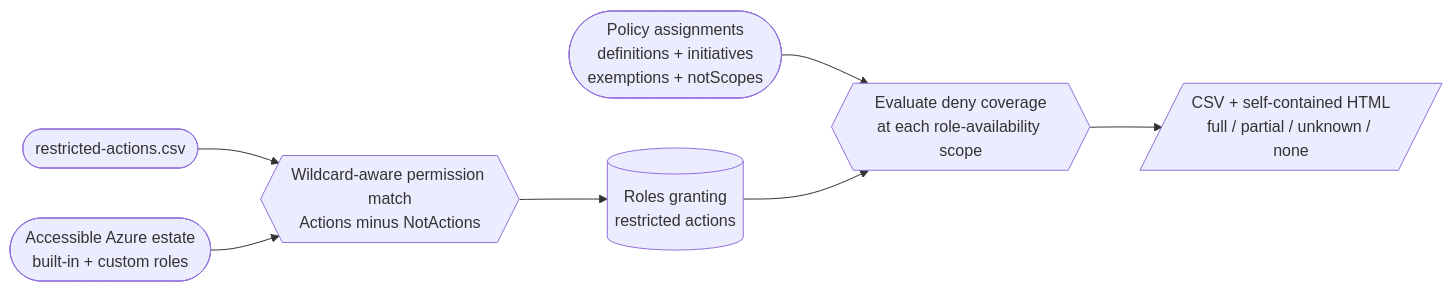
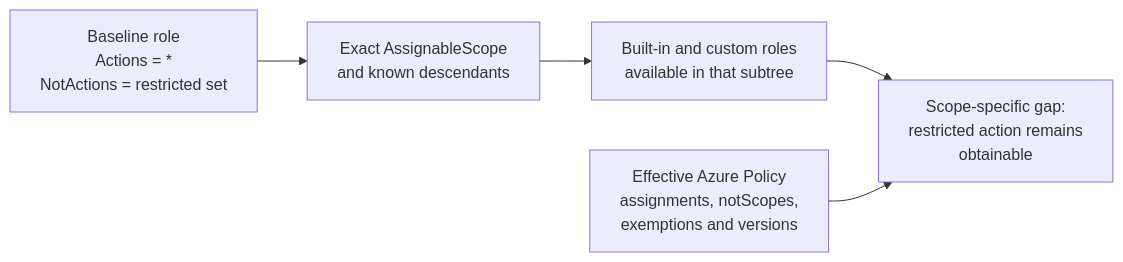
One commit to danielfears/azure-radar changed the diagram in README.md. Above: the diagram before and after it, drawn with Mermaid. The commit also changed other lines of this file and 2 other files, not shown here.

Commit message:
feat(radar): add scoped RBAC gap analysis

````diff
--- a/README.md
+++ b/README.md
@@ -26,10 +27,13 @@
 ```mermaid
 flowchart LR
-    A(["restricted-actions.csv"]) --> M
-    B(["Accessible Azure estate<br/>built-in + custom roles"]) --> M
-    P(["Policy assignments<br/>definitions + initiatives<br/>exemptions + notScopes"]) --> D
-    M{{"Wildcard-aware permission match<br/>Actions minus NotActions"}} --> R
-    R[("Roles granting<br/>restricted actions")] --> D
-    D{{"Evaluate deny coverage<br/>at each role-availability scope"}} --> H
-    H[/"CSV + self-contained HTML<br/>full / partial / unknown / none"/]
+    B["Baseline role<br/>Actions = *<br/>NotActions = restricted set"]
+    S["Exact AssignableScope<br/>and known descendants"]
+    R["Built-in and custom roles<br/>available in that subtree"]
+    P["Effective Azure Policy<br/>assignments, notScopes,<br/>exemptions and versions"]
+    G["Scope-specific gap:<br/>restricted action remains<br/>obtainable"]
+
+    B --> S
+    S --> R
+    R --> G
+    P --> G
 ```
````
